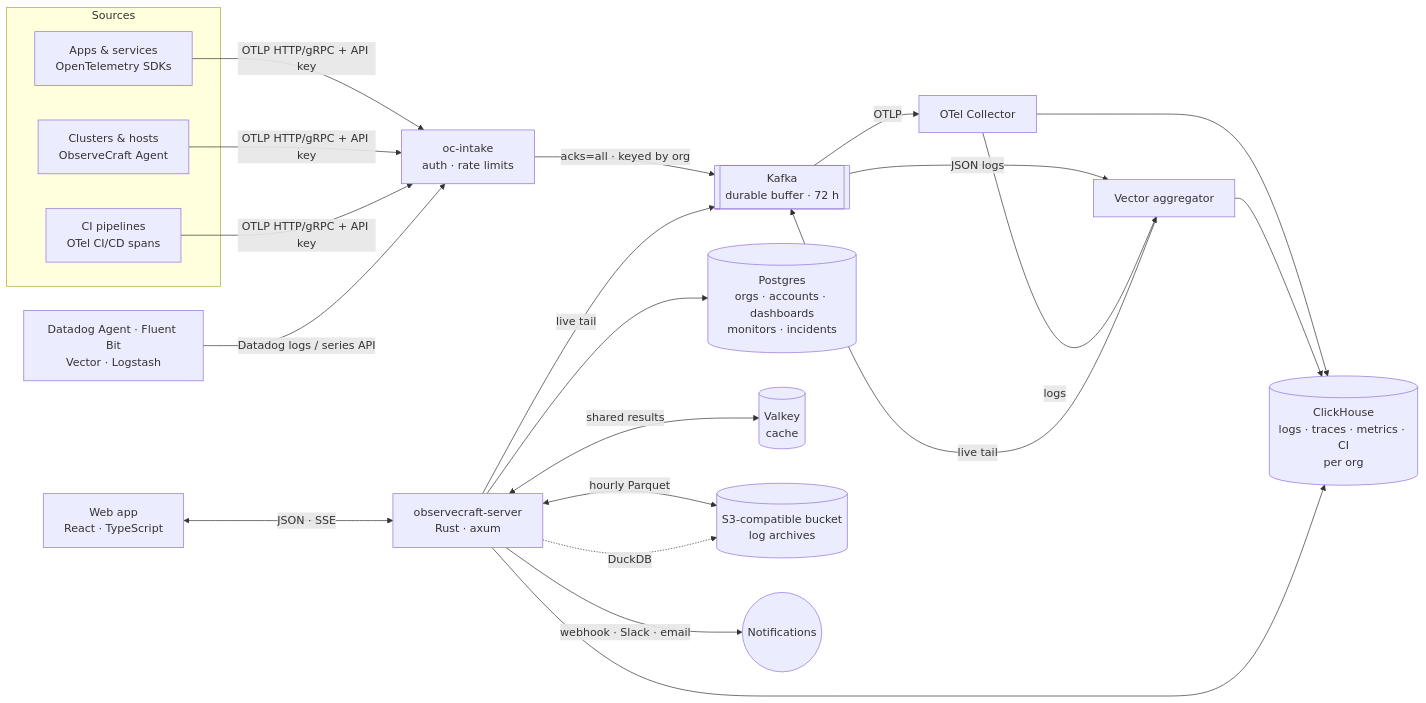
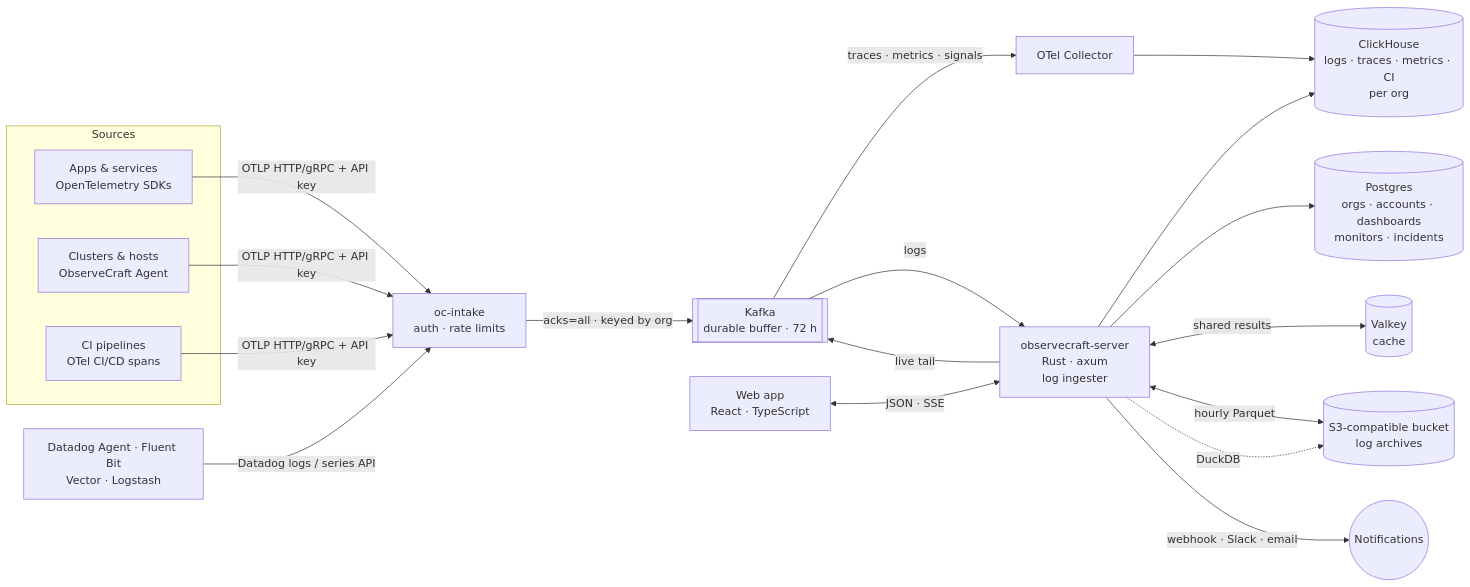
The diagram in data/readmes/observecraft__observecraft.md (zqf20096327/dbhub_collect), drawn with Mermaid before and after one commit. The commit also changed other lines of this file and 839 other files, not shown here.

````diff
--- a/data/readmes/observecraft__observecraft.md
+++ b/data/readmes/observecraft__observecraft.md
@@ -244,26 +244,23 @@
 ```mermaid
 flowchart LR
   subgraph Sources
     A[Apps & services<br/>OpenTelemetry SDKs]
     H[Clusters & hosts<br/>ObserveCraft Agent]
     C[CI pipelines<br/>OTel CI/CD spans]
   end
   D[Datadog Agent · Fluent Bit<br/>Vector · Logstash]
   A & H & C -->|OTLP HTTP/gRPC + API key| IN[oc-intake<br/>auth · rate limits]
   D -->|Datadog logs / series API| IN
   IN -->|acks=all · keyed by org| K[[Kafka<br/>durable buffer · 72 h]]
-  K -->|OTLP| COL[OTel Collector]
-  K -->|JSON logs| VEC[Vector aggregator]
-  COL -->|logs| VEC
+  K -->|traces · metrics · signals| COL[OTel Collector]
+  K -->|logs| API[observecraft-server<br/>Rust · axum<br/>log ingester]
   COL --> CH[(ClickHouse<br/>logs · traces · metrics · CI<br/>per org)]
-  VEC --> CH
-  VEC -->|live tail| K
-  API[observecraft-server<br/>Rust · axum] --> CH
+  API --> CH
   API --> PG[(Postgres<br/>orgs · accounts · dashboards<br/>monitors · incidents)]
   API -->|live tail| K
   API <-->|shared results| VK[(Valkey<br/>cache)]
   API <-->|hourly Parquet| S3[(S3-compatible bucket<br/>log archives)]
   API -.->|DuckDB| S3
   API -->|webhook · Slack · email| OUT((Notifications))
   UI[Web app<br/>React · TypeScript] <-->|JSON · SSE| API
 ```
````
